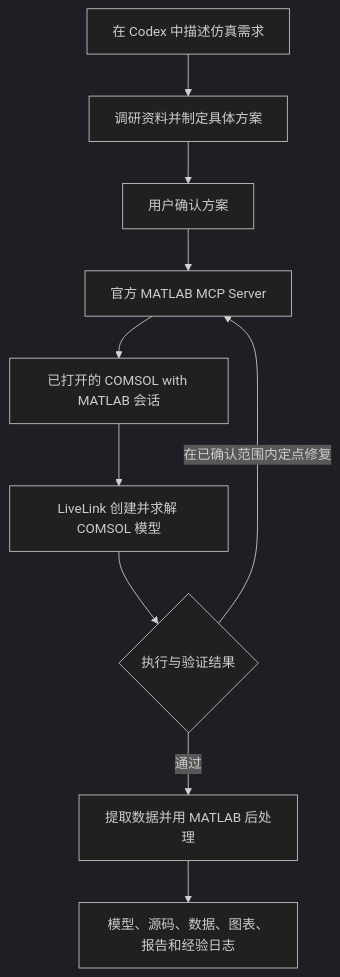
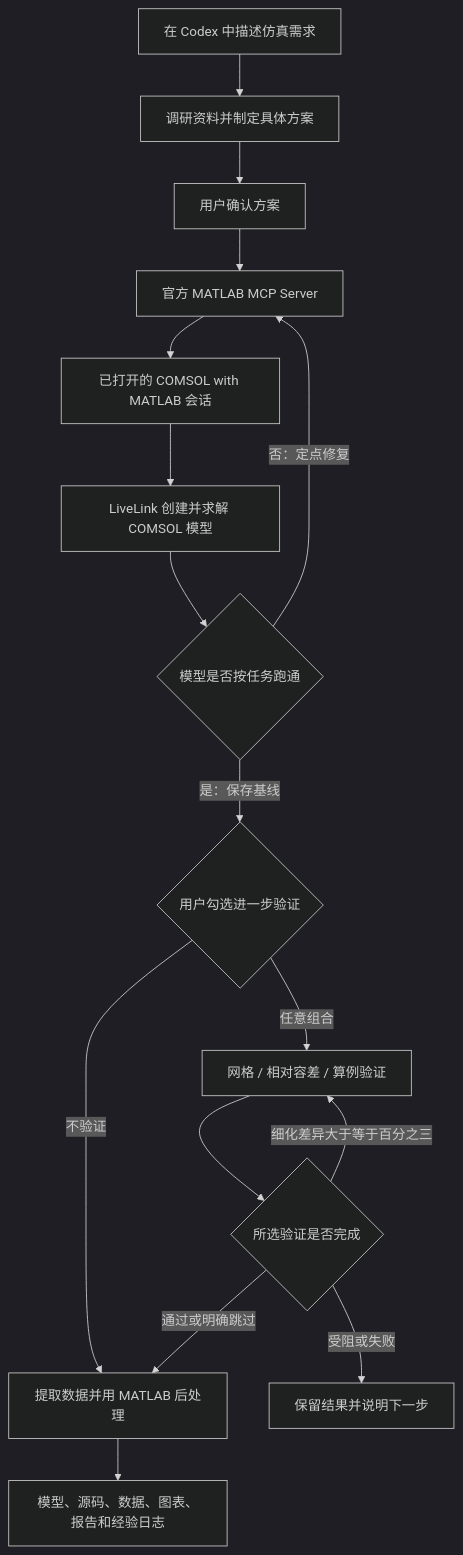
One commit to libraryzd/autocomsol changed the diagram in README.zh-CN.md. Above: the diagram before and after it, drawn with Mermaid (dark theme). The commit also changed other lines of this file and 11 other files, not shown here.

````diff
--- a/README.zh-CN.md
+++ b/README.zh-CN.md
@@ -13,12 +13,18 @@
 ```mermaid
 flowchart TD
     A[在 Codex 中描述仿真需求] --> B[调研资料并制定具体方案]
     B --> C[用户确认方案]
     C --> D[官方 MATLAB MCP Server]
     D --> E[已打开的 COMSOL with MATLAB 会话]
     E --> F[LiveLink 创建并求解 COMSOL 模型]
-    F --> G{执行与验证结果}
-    G -->|在已确认范围内定点修复| D
-    G -->|通过| H[提取数据并用 MATLAB 后处理]
+    F --> G{模型是否按任务跑通}
+    G -->|否：定点修复| D
+    G -->|是：保存基线| V{用户勾选进一步验证}
+    V -->|不验证| H[提取数据并用 MATLAB 后处理]
+    V -->|任意组合| W[网格 / 相对容差 / 算例验证]
+    W --> X{所选验证是否完成}
+    X -->|细化差异大于等于百分之三| W
+    X -->|通过或明确跳过| H
+    X -->|受阻或失败| R[保留结果并说明下一步]
     H --> I[模型、源码、数据、图表、报告和经验日志]
 ```
````
